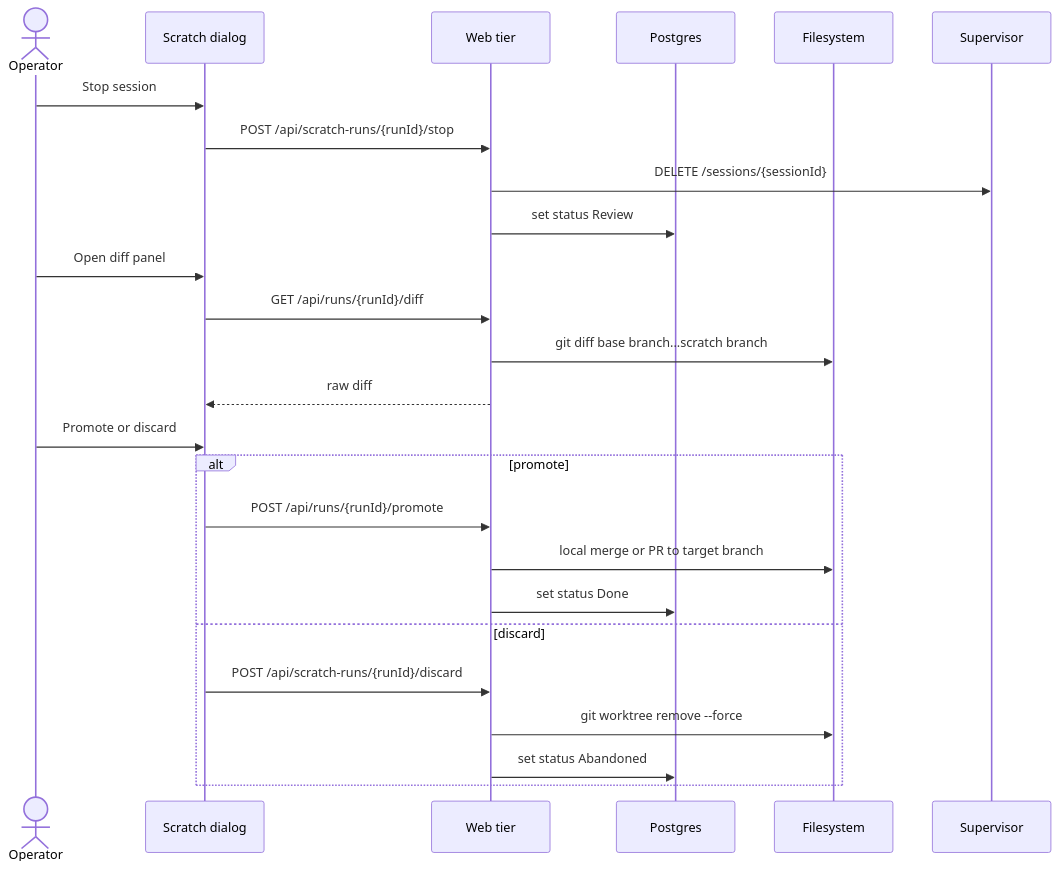
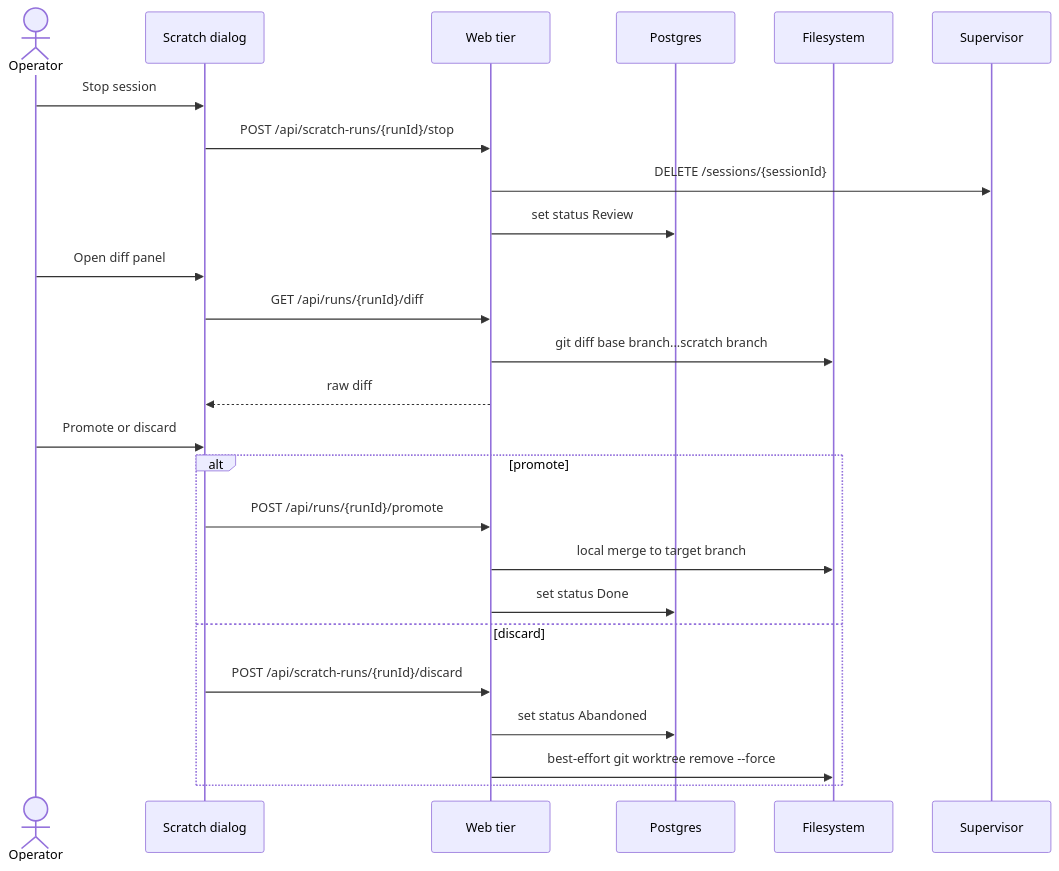
The sixth of 6 diagrams in docs/system-analytics/scratch-runs.md (maister-dev/maister), drawn with Mermaid before and after one commit. The commit also changed other lines of this file and 124 other files, not shown here.

````diff
--- a/docs/system-analytics/scratch-runs.md
+++ b/docs/system-analytics/scratch-runs.md
@@ -198,28 +238,28 @@
 ```mermaid
 sequenceDiagram
     actor U as Operator
     participant UI as Scratch dialog
     participant W as Web tier
     participant DB as Postgres
     participant FS as Filesystem
     participant SV as Supervisor
 
     U->>UI: Stop session
     UI->>W: POST /api/scratch-runs/{runId}/stop
     W->>SV: DELETE /sessions/{sessionId}
     W->>DB: set status Review
     U->>UI: Open diff panel
     UI->>W: GET /api/runs/{runId}/diff
     W->>FS: git diff base branch...scratch branch
     W-->>UI: raw diff
     U->>UI: Promote or discard
     alt promote
         UI->>W: POST /api/runs/{runId}/promote
-        W->>FS: local merge or PR to target branch
+        W->>FS: local merge to target branch
         W->>DB: set status Done
     else discard
         UI->>W: POST /api/scratch-runs/{runId}/discard
-        W->>FS: git worktree remove --force
         W->>DB: set status Abandoned
+        W->>FS: best-effort git worktree remove --force
     end
 ```
````
